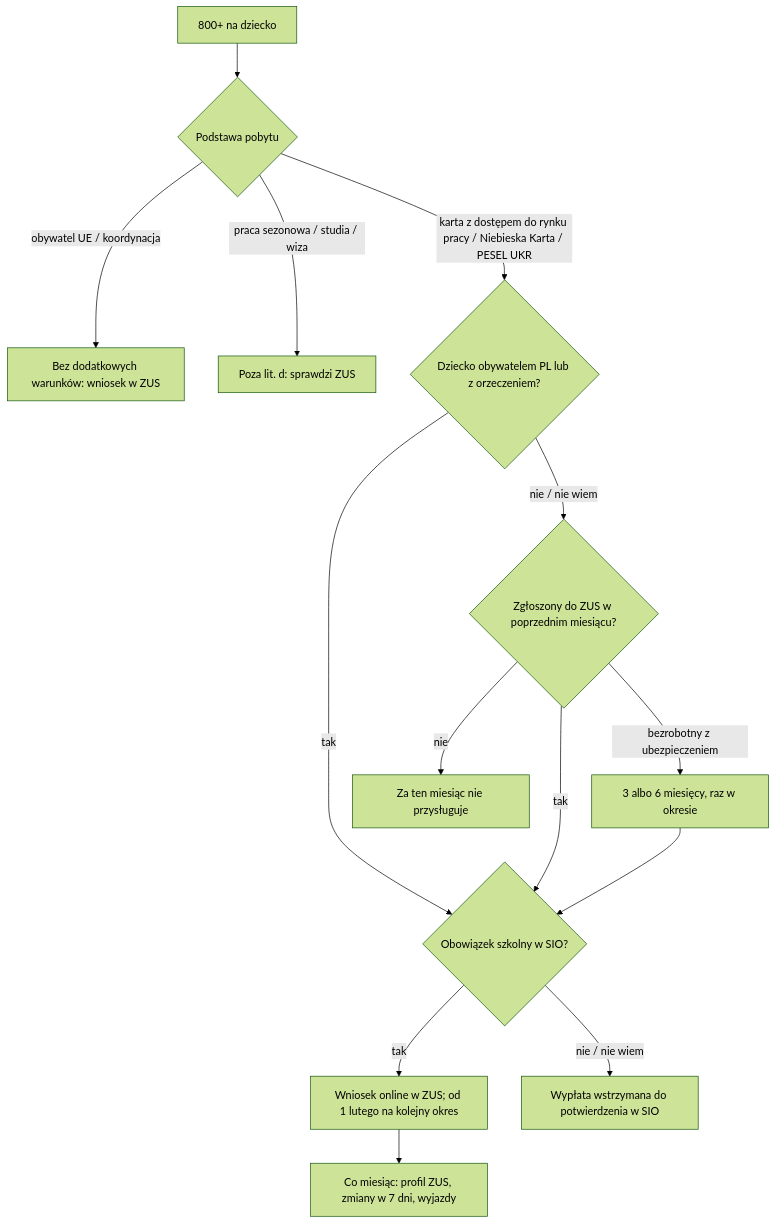
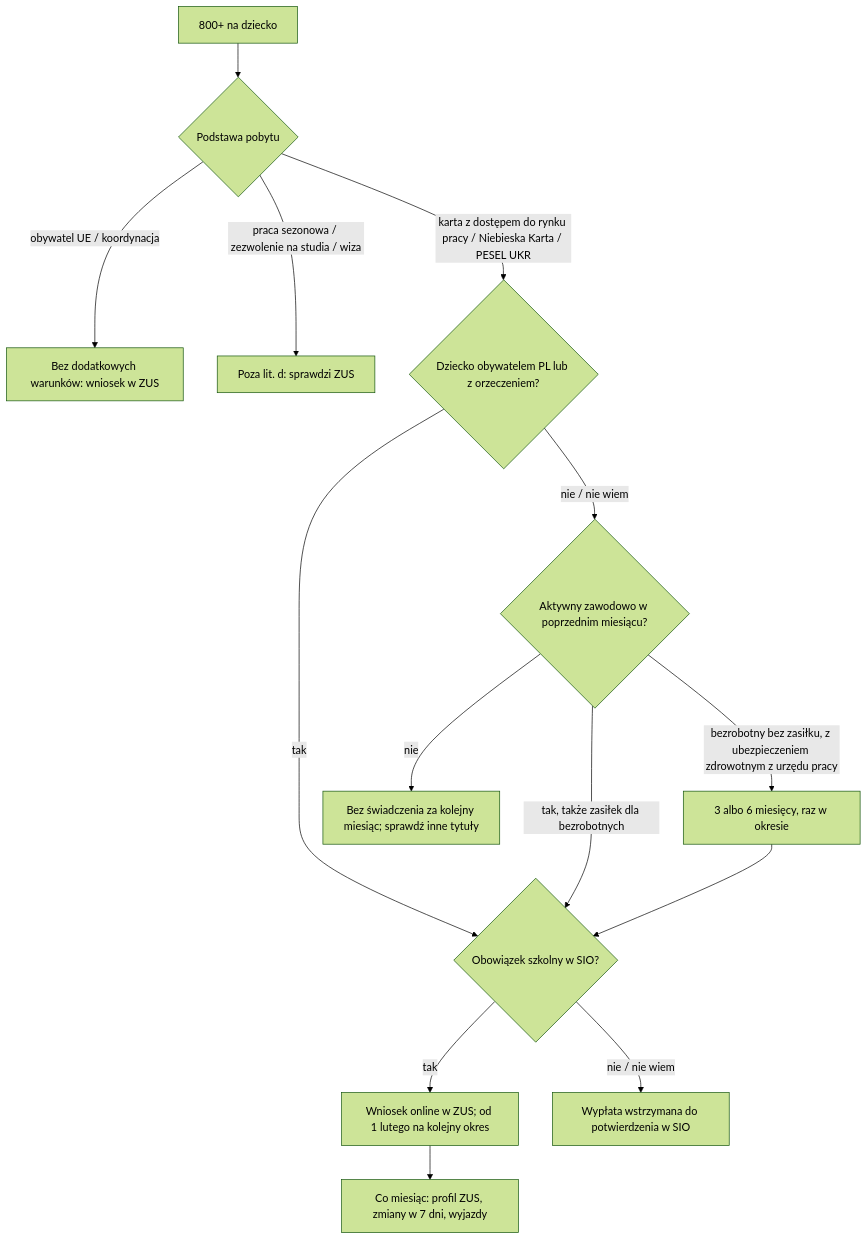
The diagram in docs/formalka-next/maps/child-benefit-800.md (wrzalkosowskilukaszz/formalka-next), drawn with Mermaid (forest theme) before and after one commit. The commit also changed other lines of this file and 9 other files, not shown here.

````diff
--- a/docs/formalka-next/maps/child-benefit-800.md
+++ b/docs/formalka-next/maps/child-benefit-800.md
@@ -117,16 +123,16 @@
 ```mermaid
 flowchart TD
   A[800+ na dziecko] --> B{Podstawa pobytu}
   B -- obywatel UE / koordynacja --> U[Bez dodatkowych warunków: wniosek w ZUS]
-  B -- praca sezonowa / studia / wiza --> X[Poza lit. d: sprawdzi ZUS]
+  B -- praca sezonowa / zezwolenie na studia / wiza --> X[Poza lit. d: sprawdzi ZUS]
   B -- karta z dostępem do rynku pracy / Niebieska Karta / PESEL UKR --> C{Dziecko obywatelem PL lub z orzeczeniem?}
   C -- tak --> S{Obowiązek szkolny w SIO?}
-  C -- nie / nie wiem --> W{Zgłoszony do ZUS w poprzednim miesiącu?}
-  W -- tak --> S
-  W -- bezrobotny z ubezpieczeniem --> W3[3 albo 6 miesięcy, raz w okresie]
-  W -- nie --> N[Za ten miesiąc nie przysługuje]
+  C -- nie / nie wiem --> W{Aktywny zawodowo w poprzednim miesiącu?}
+  W -- tak, także zasiłek dla bezrobotnych --> S
+  W -- bezrobotny bez zasiłku, z ubezpieczeniem zdrowotnym z urzędu pracy --> W3[3 albo 6 miesięcy, raz w okresie]
+  W -- nie --> N[Bez świadczenia za kolejny miesiąc; sprawdź inne tytuły]
   W3 --> S
   S -- tak --> Z[Wniosek online w ZUS; od 1 lutego na kolejny okres]
   S -- nie / nie wiem --> H[Wypłata wstrzymana do potwierdzenia w SIO]
   Z --> M[Co miesiąc: profil ZUS, zmiany w 7 dni, wyjazdy]
 ```
````
